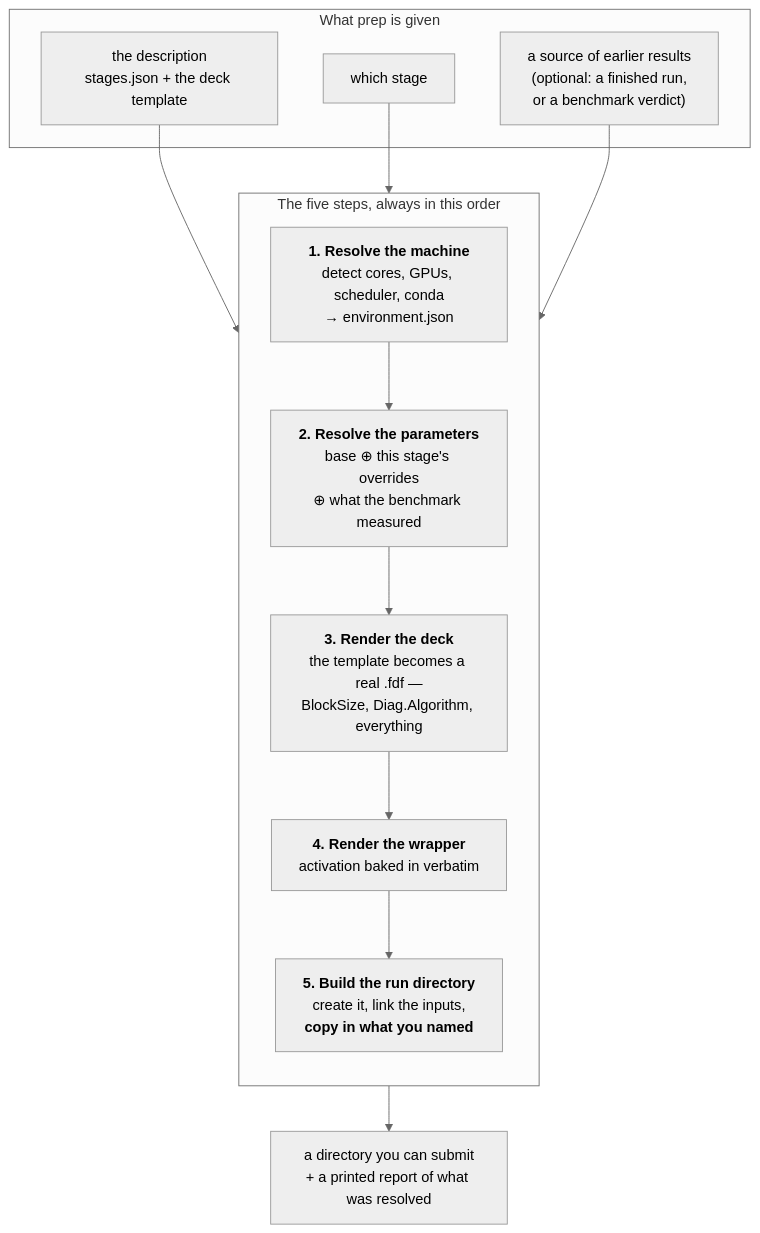
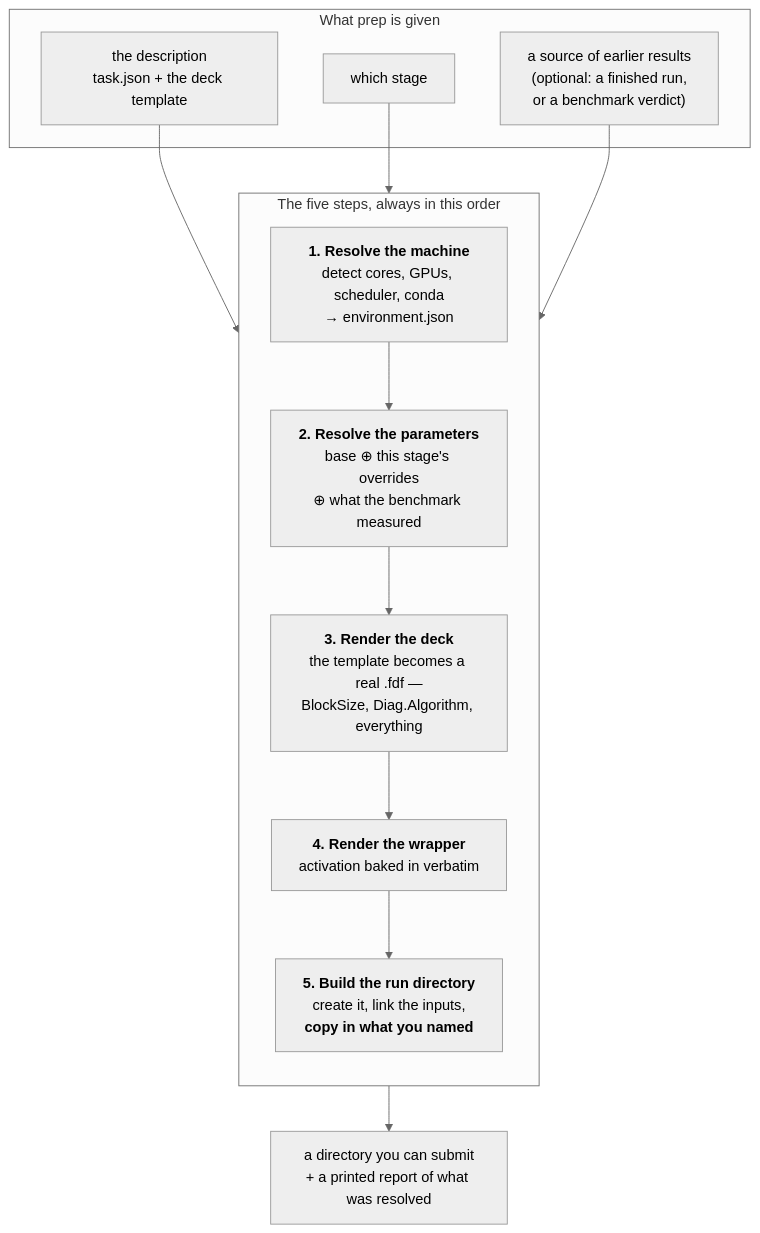
The sixth of 9 diagrams in docs/execution/project-layout.md (Qing-LAB/molbuilder), drawn with Mermaid (neutral theme) before and after one commit. The commit also changed other lines of this file and 12 other files, not shown here.

````diff
--- a/docs/execution/project-layout.md
+++ b/docs/execution/project-layout.md
@@ -555,20 +555,20 @@
 ```mermaid
 flowchart TB
     subgraph inputs["What prep is given"]
-      D["the description<br/>stages.json + the deck template"]
+      D["the description<br/>task.json + the deck template"]
       S["which stage"]
       F["a source of earlier results<br/>(optional: a finished run,<br/>or a benchmark verdict)"]
     end
     subgraph steps["The five steps, always in this order"]
       direction TB
       S1["<b>1. Resolve the machine</b><br/>detect cores, GPUs, scheduler, conda<br/>→ environment.json"]
       S2["<b>2. Resolve the parameters</b><br/>base ⊕ this stage's overrides<br/>⊕ what the benchmark measured"]
       S3["<b>3. Render the deck</b><br/>the template becomes a real .fdf —<br/>BlockSize, Diag.Algorithm, everything"]
       S4["<b>4. Render the wrapper</b><br/>activation baked in verbatim"]
       S5["<b>5. Build the run directory</b><br/>create it, link the inputs,<br/><b>copy in what you named</b>"]
       S1 --> S2 --> S3 --> S4 --> S5
     end
     R["a directory you can submit<br/>+ a printed report of what was resolved"]
     D & S & F --> S1
     S5 --> R
 ```
````
